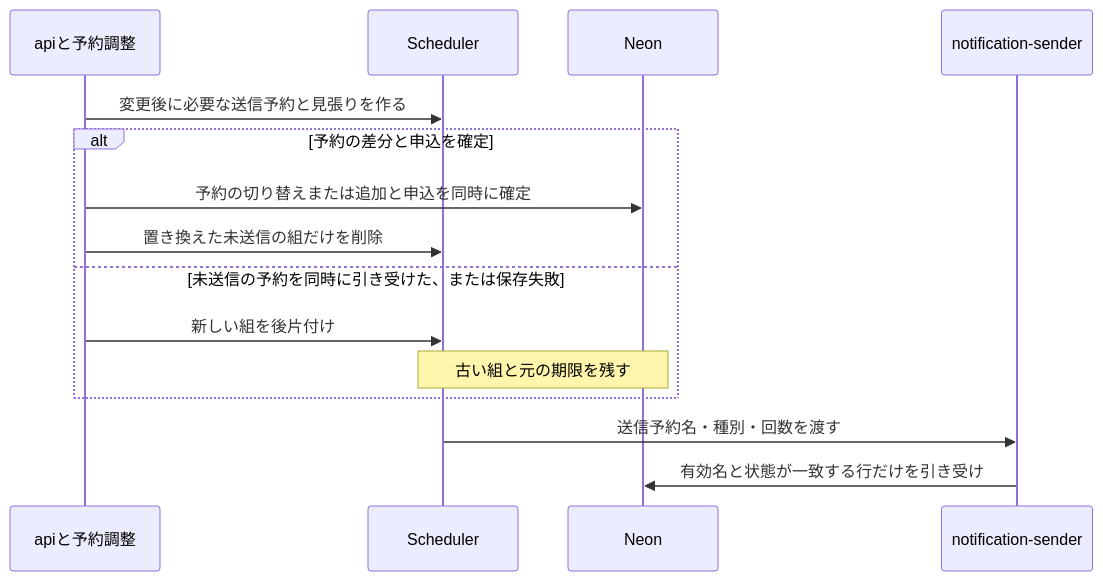
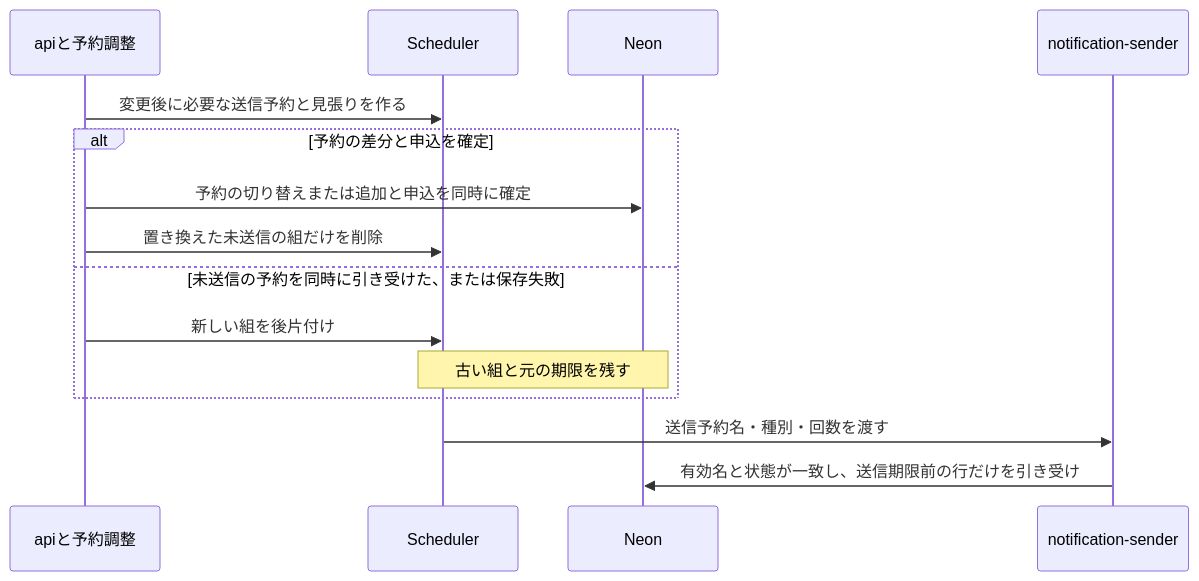
Before and after one commit to oze-xxbumpxx/yoin: the sixth of 6 diagrams in docs/designs/first-slice.md, drawn with Mermaid. The commit also changed other lines of this file and 1 other file, not shown here.

````diff
--- a/docs/designs/first-slice.md
+++ b/docs/designs/first-slice.md
@@ -193,17 +193,17 @@
 ```mermaid
 sequenceDiagram
     participant A as apiと予約調整
     participant S as Scheduler
     participant D as Neon
     participant W as notification-sender
     A->>S: 変更後に必要な送信予約と見張りを作る
     alt 予約の差分と申込を確定
         A->>D: 予約の切り替えまたは追加と申込を同時に確定
         A->>S: 置き換えた未送信の組だけを削除
     else 未送信の予約を同時に引き受けた、または保存失敗
         A->>S: 新しい組を後片付け
         Note over D,S: 古い組と元の期限を残す
     end
     S->>W: 送信予約名・種別・回数を渡す
-    W->>D: 有効名と状態が一致する行だけを引き受け
+    W->>D: 有効名と状態が一致し、送信期限前の行だけを引き受け
 ```
````
